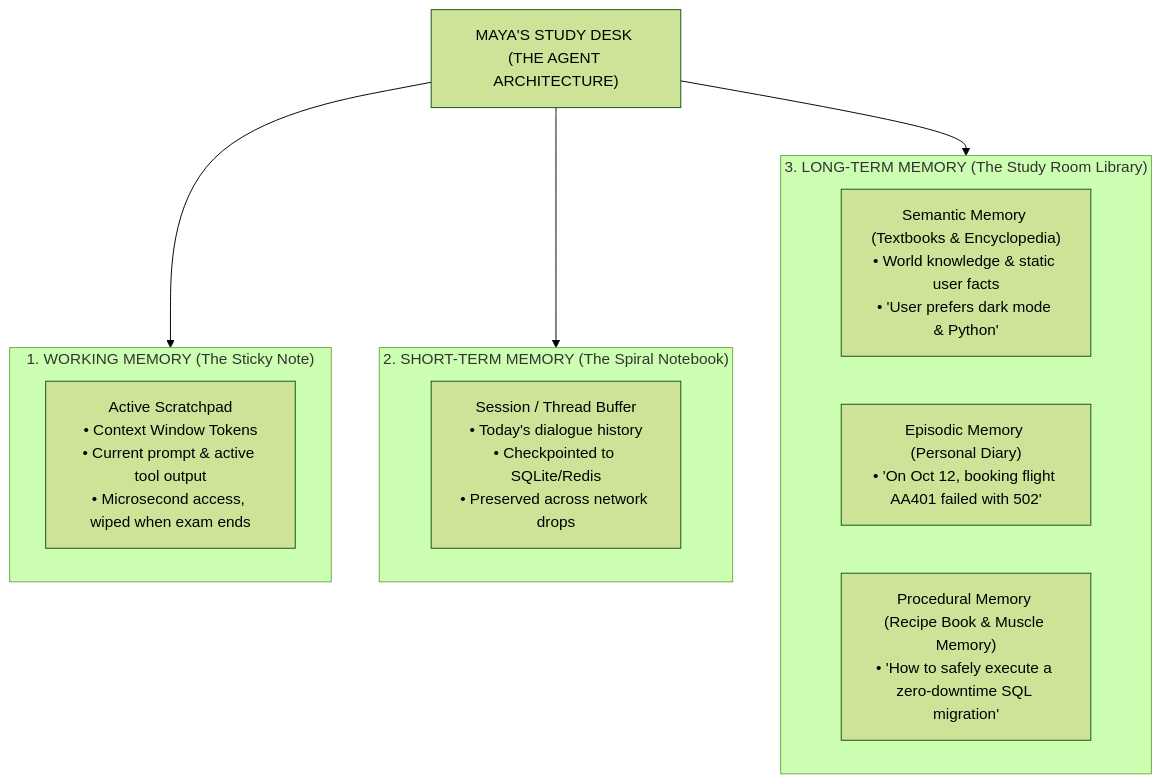
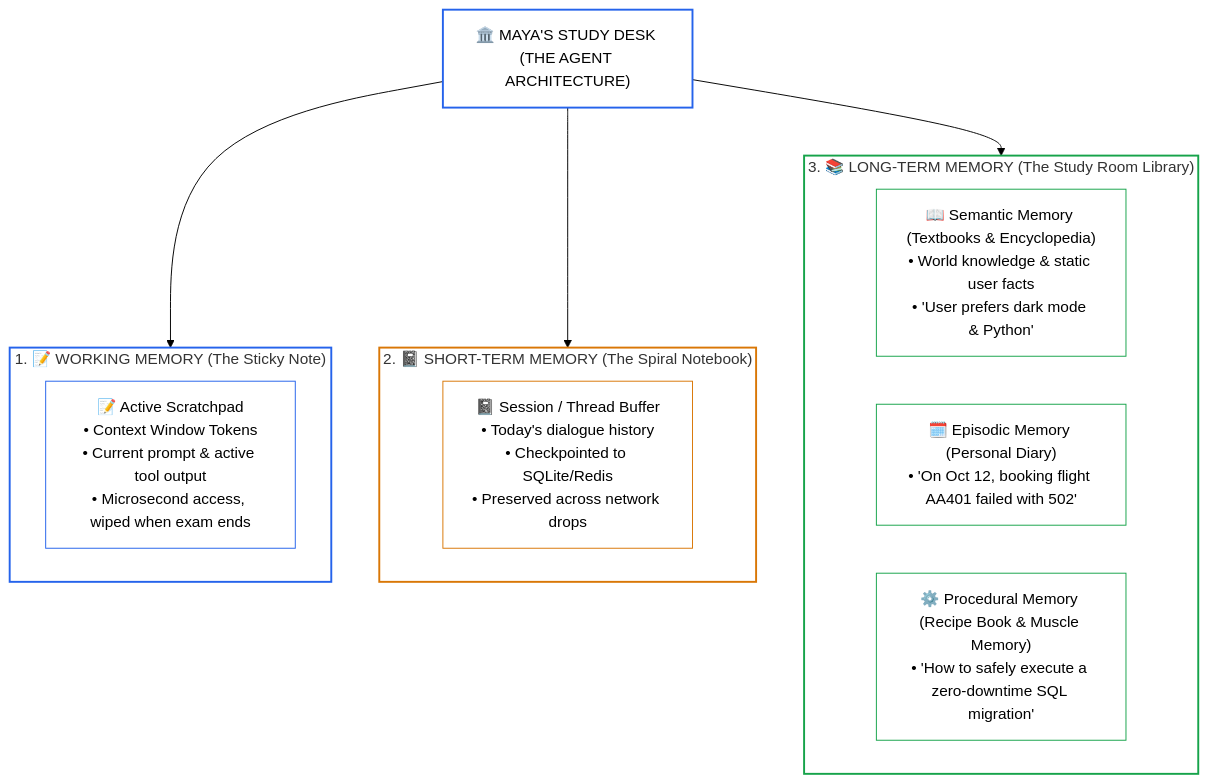
Before and after one commit to dip4k/senior-engineer-to-ai-engineer-roadmap: the second of 13 diagrams in 04-agentic-systems-and-orchestration/labs/lab5-agent-memory-system.md, drawn with Mermaid (forest theme). The commit also changed other lines of this file and 94 other files, not shown here.

Commit message:
refactor(curriculum): complete Phase 04 upgrade and enforce diagram renderer invariants

````diff
--- a/04-agentic-systems-and-orchestration/labs/lab5-agent-memory-system.md
+++ b/04-agentic-systems-and-orchestration/labs/lab5-agent-memory-system.md
@@ -103,22 +118,32 @@
 ```mermaid
 flowchart TD
-    Desk["MAYA'S STUDY DESK (THE AGENT ARCHITECTURE)"]
+    Desk["🏛️ MAYA'S STUDY DESK (THE AGENT ARCHITECTURE)"]
     
-    subgraph Tier1["1. WORKING MEMORY (The Sticky Note)"]
-        WM["Active Scratchpad\n• Context Window Tokens\n• Current prompt & active tool output\n• Microsecond access, wiped when exam ends"]
+    subgraph Tier1["1. 📝 WORKING MEMORY (The Sticky Note)"]
+        WM["📝 Active Scratchpad<br/>• Context Window Tokens<br/>• Current prompt & active tool output<br/>• Microsecond access, wiped when exam ends"]
     end
     
-    subgraph Tier2["2. SHORT-TERM MEMORY (The Spiral Notebook)"]
-        STM["Session / Thread Buffer\n• Today's dialogue history\n• Checkpointed to SQLite/Redis\n• Preserved across network drops"]
+    subgraph Tier2["2. 📓 SHORT-TERM MEMORY (The Spiral Notebook)"]
+        STM["📓 Session / Thread Buffer<br/>• Today's dialogue history<br/>• Checkpointed to SQLite/Redis<br/>• Preserved across network drops"]
     end
     
-    subgraph Tier3["3. LONG-TERM MEMORY (The Study Room Library)"]
-        LTM_SEM["Semantic Memory (Textbooks & Encyclopedia)\n• World knowledge & static user facts\n• 'User prefers dark mode & Python'"]
-        LTM_EPI["Episodic Memory (Personal Diary)\n• 'On Oct 12, booking flight AA401 failed with 502'"]
-        LTM_PRO["Procedural Memory (Recipe Book & Muscle Memory)\n• 'How to safely execute a zero-downtime SQL migration'"]
+    subgraph Tier3["3. 📚 LONG-TERM MEMORY (The Study Room Library)"]
+        LTM_SEM["📖 Semantic Memory (Textbooks & Encyclopedia)<br/>• World knowledge & static user facts<br/>• 'User prefers dark mode & Python'"]
+        LTM_EPI["🗓️ Episodic Memory (Personal Diary)<br/>• 'On Oct 12, booking flight AA401 failed with 502'"]
+        LTM_PRO["⚙️ Procedural Memory (Recipe Book & Muscle Memory)<br/>• 'How to safely execute a zero-downtime SQL migration'"]
     end
 
     Desk --> Tier1
     Desk --> Tier2
     Desk --> Tier3
+
+    style Desk stroke:#2563eb,stroke-width:2px,fill:none
+    style Tier1 fill:none,stroke:#2563eb,stroke-width:2px
+    style Tier2 fill:none,stroke:#d97706,stroke-width:2px
+    style Tier3 fill:none,stroke:#16a34a,stroke-width:2px
+    style WM stroke:#2563eb,stroke-width:1px,fill:none
+    style STM stroke:#d97706,stroke-width:1px,fill:none
+    style LTM_SEM stroke:#16a34a,stroke-width:1px,fill:none
+    style LTM_EPI stroke:#16a34a,stroke-width:1px,fill:none
+    style LTM_PRO stroke:#16a34a,stroke-width:1px,fill:none
 ```
````
